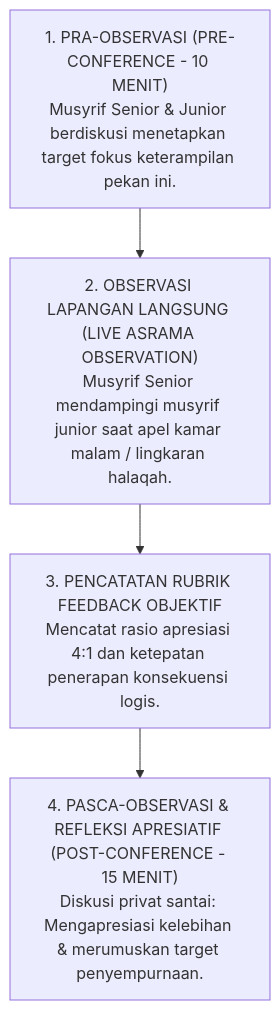
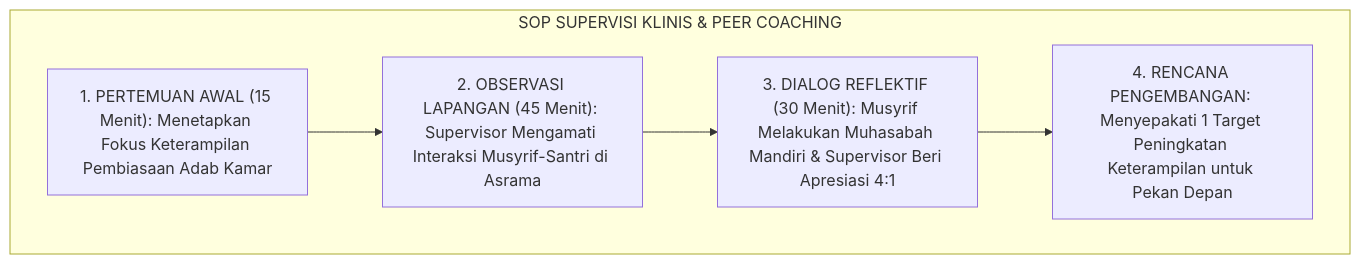
One commit to wandiapriliyandi/tumbuh changed the third of 3 diagrams in 02 Principles/07 Implementation Principles/P2-07-02-Prinsip-Pelatihan-dan-Supervisi-Musyrif.md. Above: the diagram before and after it, drawn with Mermaid. The commit also changed other lines of this file and 6 other files, not shown here.

````diff
--- a/02 Principles/07 Implementation Principles/P2-07-02-Prinsip-Pelatihan-dan-Supervisi-Musyrif.md
+++ b/02 Principles/07 Implementation Principles/P2-07-02-Prinsip-Pelatihan-dan-Supervisi-Musyrif.md
@@ -218,12 +147,9 @@
 ```mermaid
 flowchart TD
-    SOP_Sup1["1. PRA-OBSERVASI (PRE-CONFERENCE - 10 MENIT)<br/>Musyrif Senior & Junior berdiskusi menetapkan target fokus keterampilan pekan ini."]
-    
-    SOP_Sup2["2. OBSERVASI LAPANGAN LANGSUNG (LIVE ASRAMA OBSERVATION)<br/>Musyrif Senior mendampingi musyrif junior saat apel kamar malam / lingkaran halaqah."]
-    
-    SOP_Sup3["3. PENCATATAN RUBRIK FEEDBACK OBJEKTIF<br/>Mencatat rasio apresiasi 4:1 dan ketepatan penerapan konsekuensi logis."]
-    
-    SOP_Sup4["4. PASCA-OBSERVASI & REFLEKSI APRESIATIF (POST-CONFERENCE - 15 MENIT)<br/>Diskusi privat santai: Mengapresiasi kelebihan & merumuskan target penyempurnaan."]
-    
-    SOP_Sup1 --> SOP_Sup2 --> SOP_Sup3 --> SOP_Sup4
+    subgraph SOPSupervisiKlinisMusyrif["SOP SUPERVISI KLINIS & PEER COACHING"]
+        PraObservasi["1. PERTEMUAN AWAL (15 Menit): Menetapkan Fokus Keterampilan Pembiasaan Adab Kamar"]
+        --> ObservasiLapangan["2. OBSERVASI LAPANGAN (45 Menit): Supervisor Mengamati Interaksi Musyrif-Santri di Asrama"]
+        --> DialogReflektif["3. DIALOG REFLEKTIF (30 Menit): Musyrif Melakukan Muhasabah Mandiri & Supervisor Beri Apresiasi 4:1"]
+        --> RencanaAksiCPD["4. RENCANA PENGEMBANGAN: Menyepakati 1 Target Peningkatan Keterampilan untuk Pekan Depan"]
+    end
 ```
````
